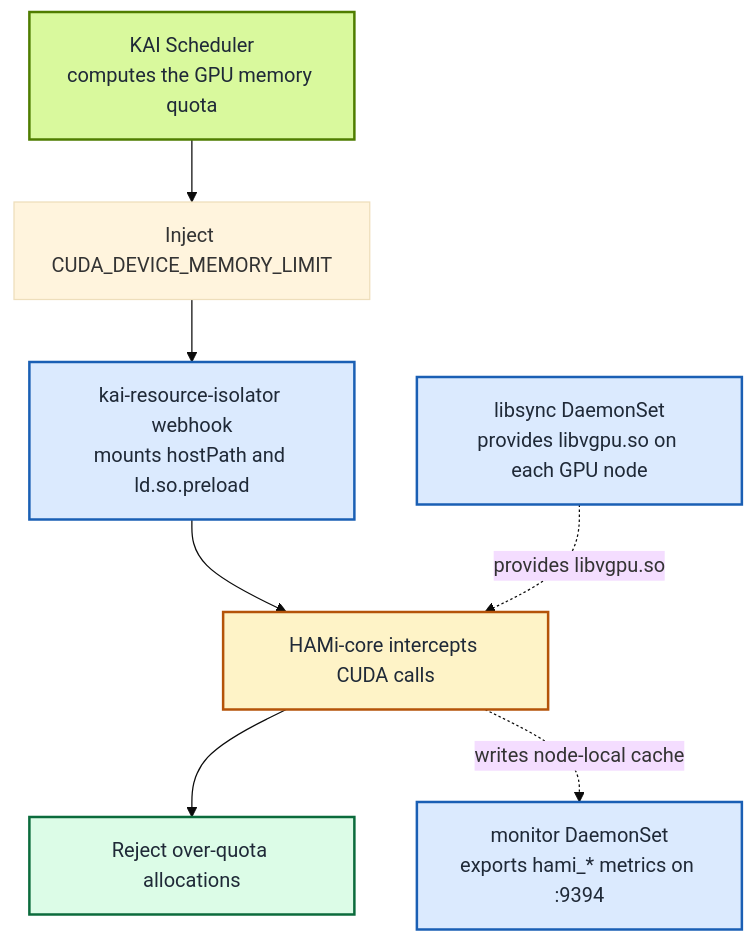
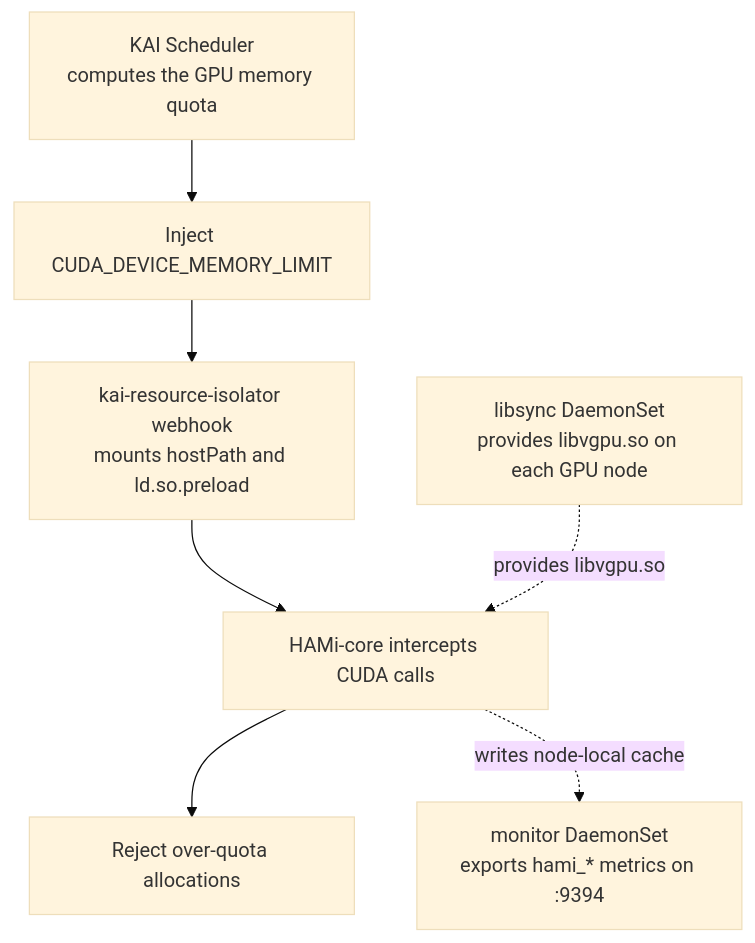
One commit to Project-HAMi/website changed the diagram in blog/kai-scheduler-hami-gpu-memory-hard-isolation/index.md. Above: the diagram before and after it, drawn with Mermaid (base theme). The commit also changed 5 other files, not shown here.

Commit message:
fix(ui): make mermaid diagrams readable in dark mode

````diff
--- a/blog/kai-scheduler-hami-gpu-memory-hard-isolation/index.md
+++ b/blog/kai-scheduler-hami-gpu-memory-hard-isolation/index.md
@@ -29,22 +29,20 @@
 ```mermaid
 %% title: KAI Scheduler and HAMi-core isolation path
 graph TD
     KAI["KAI Scheduler<br/>computes the GPU memory quota"]
     ENV["Inject CUDA_DEVICE_MEMORY_LIMIT"]
     WEBHOOK["kai-resource-isolator webhook<br/>mounts hostPath and ld.so.preload"]
     LIB["libsync DaemonSet<br/>provides libvgpu.so on each GPU node"]
     RUN["HAMi-core intercepts CUDA calls"]
     ENF["Reject over-quota allocations"]
     MON["monitor DaemonSet<br/>exports hami_* metrics on :9394"]
 
     KAI --> ENV --> WEBHOOK --> RUN --> ENF
     LIB -. "provides libvgpu.so" .-> RUN
     RUN -. "writes node-local cache" .-> MON
 
-    style KAI fill:#d9f99d,stroke:#4f7d00,stroke-width:2px,color:#1f2937
-    style WEBHOOK fill:#dbeafe,stroke:#1a5fb4,stroke-width:2px,color:#1f2937
-    style LIB fill:#dbeafe,stroke:#1a5fb4,stroke-width:2px,color:#1f2937
-    style RUN fill:#fef3c7,stroke:#b45309,stroke-width:2px,color:#1f2937
-    style ENF fill:#dcfce7,stroke:#0b6b3c,stroke-width:2px,color:#1f2937
-    style MON fill:#dbeafe,stroke:#1a5fb4,stroke-width:2px,color:#1f2937
+    class KAI kai
+    class WEBHOOK,LIB,MON info
+    class RUN run
+    class ENF ok
 ```
````
